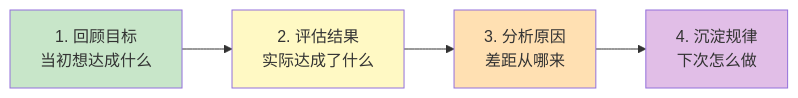
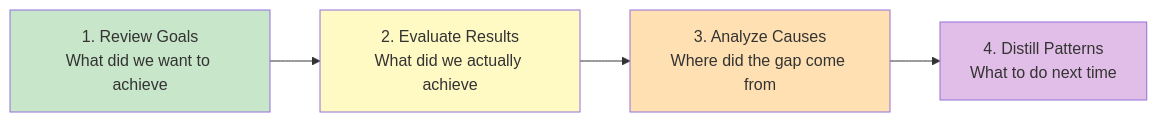
One commit to Kirky-X/cangjie changed the first of 3 diagrams in templates/产品/退役层/【模板】复盘报告.md. Above: the diagram before and after it, drawn with Mermaid. The commit also changed other lines of this file and 60 other files, not shown here.

````diff
--- a/templates/产品/退役层/【模板】复盘报告.md
+++ b/templates/产品/退役层/【模板】复盘报告.md
@@ -35,10 +35,10 @@
 ```mermaid
 flowchart LR
-    A[1. 回顾目标<br/>当初想达成什么] --> B[2. 评估结果<br/>实际达成了什么]
-    B --> C[3. 分析原因<br/>差距从哪来]
-    C --> D[4. 沉淀规律<br/>下次怎么做]
+    A[1. Review Goals<br/>What did we want to achieve] --> B[2. Evaluate Results<br/>What did we actually achieve]
+    B --> C[3. Analyze Causes<br/>Where did the gap come from]
+    C --> D[4. Distill Patterns<br/>What to do next time]
     style A fill:#c8e6c9
     style B fill:#fff9c4
     style C fill:#ffe0b2
     style D fill:#e1bee7
 ```
````
